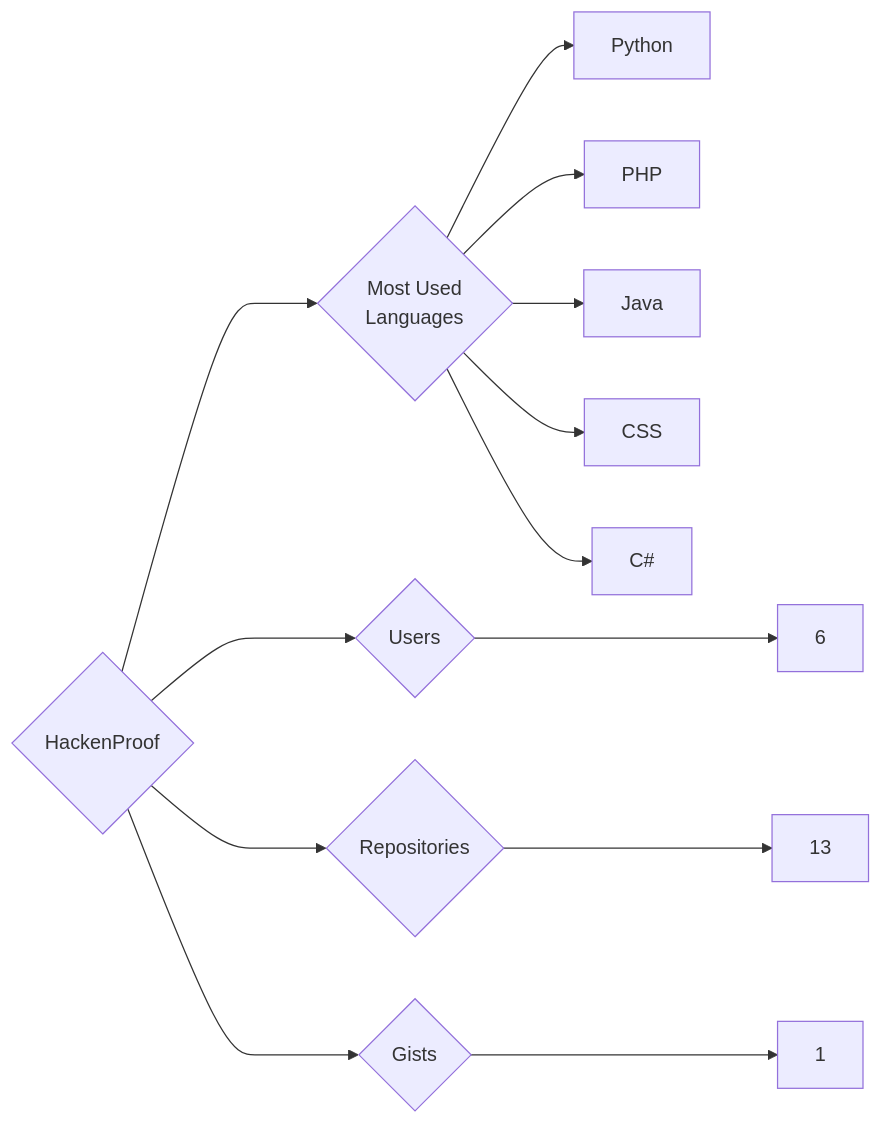
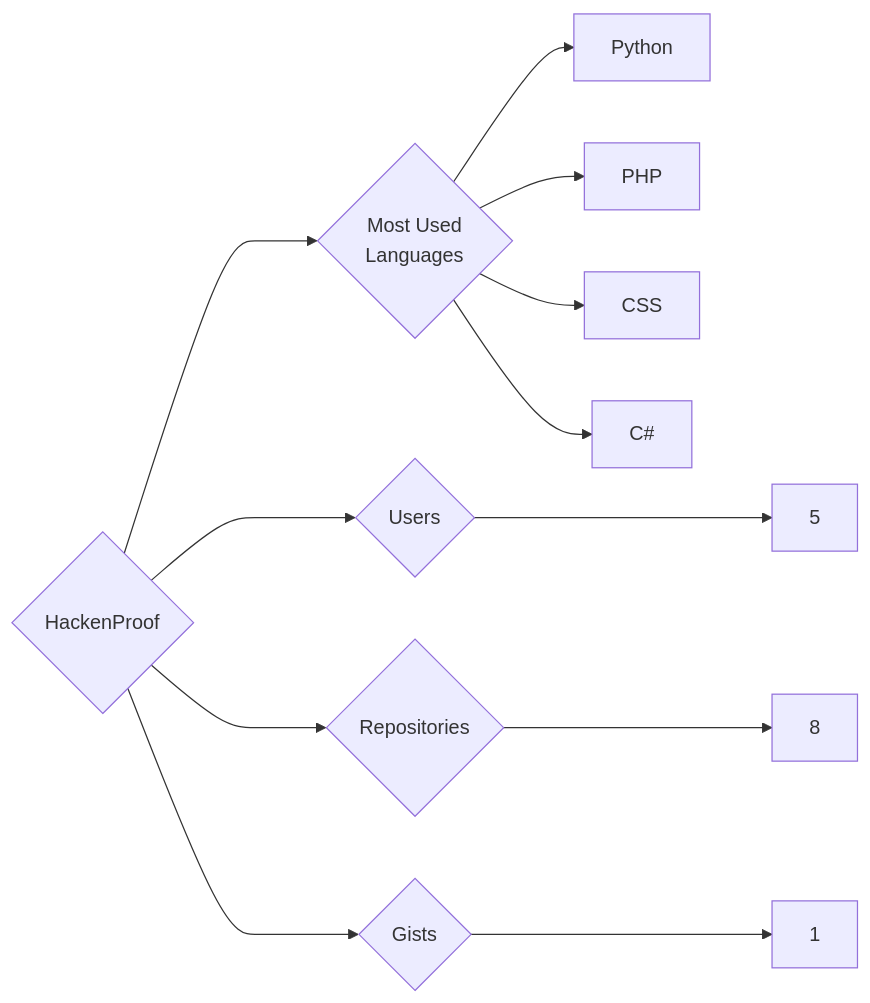
Before and after one commit to trickest/insiders: the diagram in targets/HackenProof/README.md, drawn with Mermaid. The commit also changed 933 other files, not shown here.

````diff
--- a/targets/HackenProof/README.md
+++ b/targets/HackenProof/README.md
@@ -3,13 +3,12 @@
 ```mermaid
 graph LR
 COMPANY_NAME{HackenProof}
-COMPANY_NAME ---> U{Users} ---> UN[6]
-COMPANY_NAME ---> R{Repositories} ---> RN[13]
+COMPANY_NAME ---> U{Users} ---> UN[5]
+COMPANY_NAME ---> R{Repositories} ---> RN[8]
 COMPANY_NAME ---> G{Gists} ---> GN[1]
 COMPANY_NAME ---> ML{Most Used<br>Languages}
 ML --> Python[Python]
 ML --> PHP[PHP]
-ML --> Java[Java]
 ML --> CSS[CSS]
 ML --> C#[C#]
 ```
````
